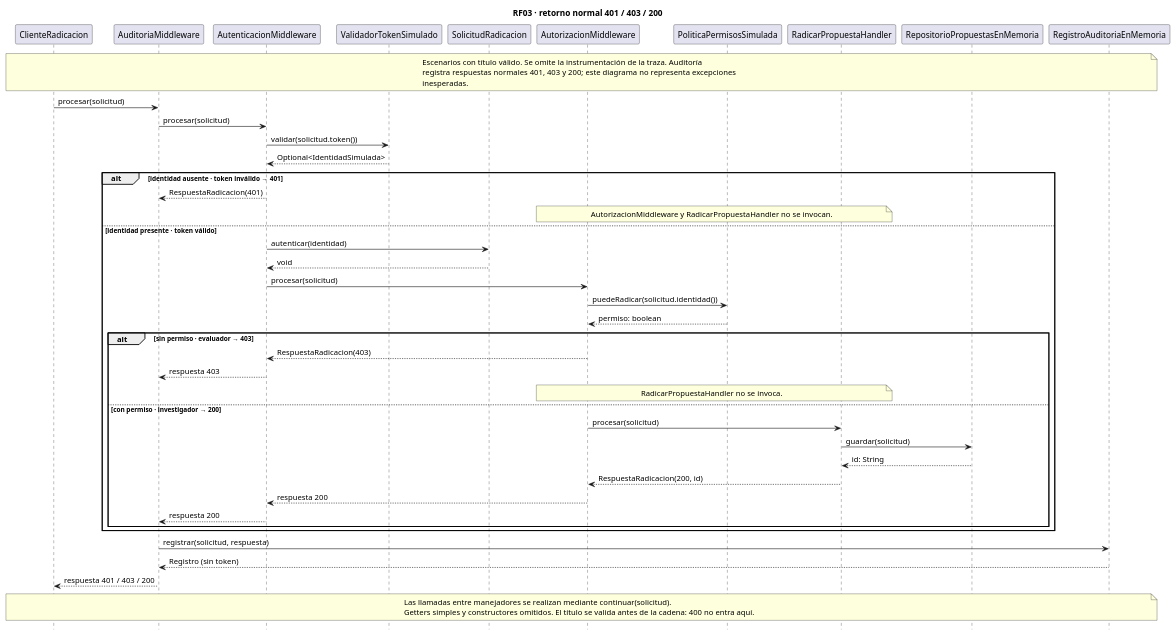
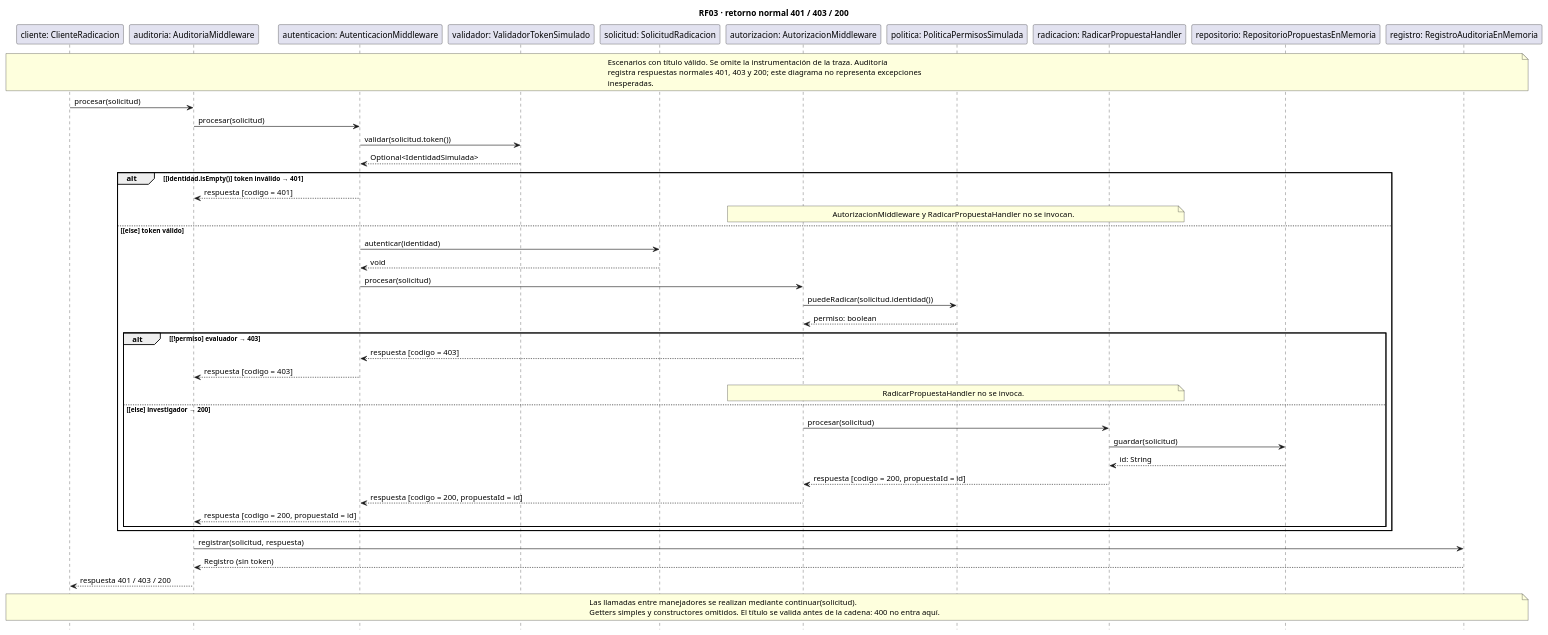
One commit to Crisiszzz07/RF03-Middleware changed the diagram in docs/secuencia.puml. Above: the diagram before and after it, drawn with PlantUML. The commit also changed 11 other files, not shown here.

Commit message:
fix(uml): corregir notacion y sincronizar diagramas con sus fuentes

```diff
--- a/docs/secuencia.puml
+++ b/docs/secuencia.puml
@@ -1,52 +1,52 @@
 @startuml
 title RF03 · retorno normal 401 / 403 / 200
 hide footbox
-participant ClienteRadicacion as C
-participant AuditoriaMiddleware as A
-participant AutenticacionMiddleware as N
-participant ValidadorTokenSimulado as V
-participant SolicitudRadicacion as Q
-participant AutorizacionMiddleware as Z
-participant PoliticaPermisosSimulada as P
-participant RadicarPropuestaHandler as R
-participant RepositorioPropuestasEnMemoria as D
-participant RegistroAuditoriaEnMemoria as L
+participant "cliente: ClienteRadicacion" as C
+participant "auditoria: AuditoriaMiddleware" as A
+participant "autenticacion: AutenticacionMiddleware" as N
+participant "validador: ValidadorTokenSimulado" as V
+participant "solicitud: SolicitudRadicacion" as Q
+participant "autorizacion: AutorizacionMiddleware" as Z
+participant "politica: PoliticaPermisosSimulada" as P
+participant "radicacion: RadicarPropuestaHandler" as R
+participant "repositorio: RepositorioPropuestasEnMemoria" as D
+participant "registro: RegistroAuditoriaEnMemoria" as L
 note over C,L
 Escenarios con título válido. Se omite la instrumentación de la traza. Auditoría
 registra respuestas normales 401, 403 y 200; este diagrama no representa excepciones
 inesperadas.
 end note
 C -> A : procesar(solicitud)
 A -> N : procesar(solicitud)
 N -> V : validar(solicitud.token())
 V --> N : Optional<IdentidadSimulada>
-alt identidad ausente · token inválido → 401
-  N --> A : RespuestaRadicacion(401)
+alt [identidad.isEmpty()] token inválido → 401
+  N --> A : respuesta [codigo = 401]
   note over Z,R : AutorizacionMiddleware y RadicarPropuestaHandler no se invocan.
-else identidad presente · token válido
+else [else] token válido
   N -> Q : autenticar(identidad)
   Q --> N : void
   N -> Z : procesar(solicitud)
   Z -> P : puedeRadicar(solicitud.identidad())
   P --> Z : permiso: boolean
-  alt sin permiso · evaluador → 403
-    Z --> N : RespuestaRadicacion(403)
-    N --> A : respuesta 403
+  alt [!permiso] evaluador → 403
+    Z --> N : respuesta [codigo = 403]
+    N --> A : respuesta [codigo = 403]
     note over Z,R : RadicarPropuestaHandler no se invoca.
-  else con permiso · investigador → 200
+  else [else] investigador → 200
     Z -> R : procesar(solicitud)
     R -> D : guardar(solicitud)
     D --> R : id: String
-    R --> Z : RespuestaRadicacion(200, id)
-    Z --> N : respuesta 200
-    N --> A : respuesta 200
+    R --> Z : respuesta [codigo = 200, propuestaId = id]
+    Z --> N : respuesta [codigo = 200, propuestaId = id]
+    N --> A : respuesta [codigo = 200, propuestaId = id]
   end
 end
 A -> L : registrar(solicitud, respuesta)
 L --> A : Registro (sin token)
 A --> C : respuesta 401 / 403 / 200
 note over C,L
 Las llamadas entre manejadores se realizan mediante continuar(solicitud).
 Getters simples y constructores omitidos. El título se valida antes de la cadena: 400 no entra aquí.
 end note
 @enduml
```
